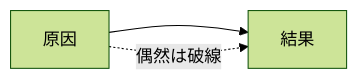
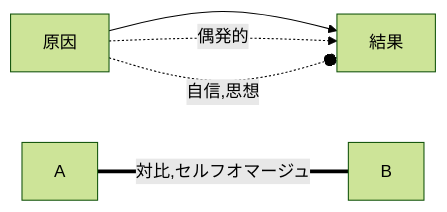
One commit to elzup/story-plots changed the fourth of 4 diagrams in 進撃の巨人.md. Above: the diagram before and after it, drawn with Mermaid (forest theme). The commit also changed other lines of this file, not shown here.

````diff
--- a/進撃の巨人.md
+++ b/進撃の巨人.md
@@ -167,5 +381,7 @@
 ```mermaid
 graph LR;
 	原因-->結果
-	原因-.->|偶然は破線|結果
+	原因-.->|偶発的|結果
+	原因-.-o|自信,思想|結果
+	A===|対比,セルフオマージュ|B
 ```
````
